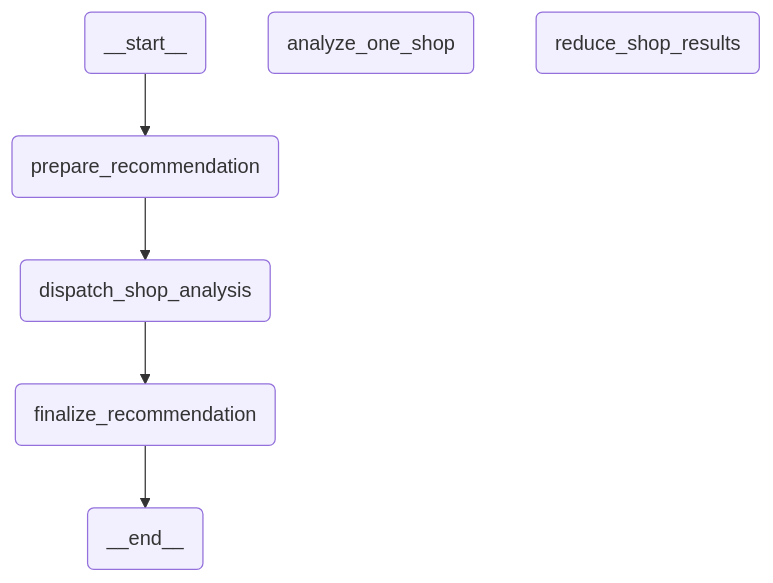
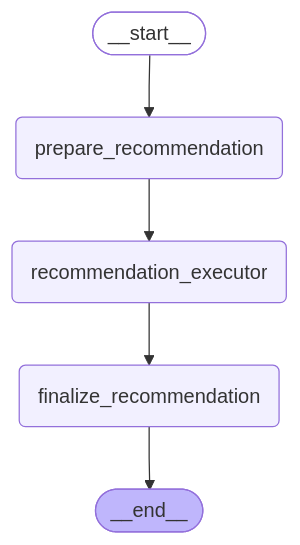
Before and after one commit to leo514937/ai-agent: the diagram in docs/langgraph/recommendation_graph.mmd, drawn with Mermaid. The commit also changed 209 other files, not shown here.

```diff
--- a/docs/langgraph/recommendation_graph.mmd
+++ b/docs/langgraph/recommendation_graph.mmd
@@ -1,20 +1,18 @@
 ---
 config:
   flowchart:
     curve: linear
 ---
 graph TD;
-	__start__(<p>__start__</p>)
+	__start__([<p>__start__</p>]):::first
 	prepare_recommendation(prepare_recommendation)
-	dispatch_shop_analysis(dispatch_shop_analysis)
-	analyze_one_shop(analyze_one_shop)
-	reduce_shop_results(reduce_shop_results)
+	recommendation_executor(recommendation_executor)
 	finalize_recommendation(finalize_recommendation)
-	__end__(<p>__end__</p>)
+	__end__([<p>__end__</p>]):::last
 	__start__ --> prepare_recommendation;
-	dispatch_shop_analysis --> finalize_recommendation;
-	prepare_recommendation --> dispatch_shop_analysis;
+	prepare_recommendation --> recommendation_executor;
+	recommendation_executor --> finalize_recommendation;
 	finalize_recommendation --> __end__;
 	classDef default fill:#f2f0ff,line-height:1.2
 	classDef first fill-opacity:0
 	classDef last fill:#bfb6fc
```
